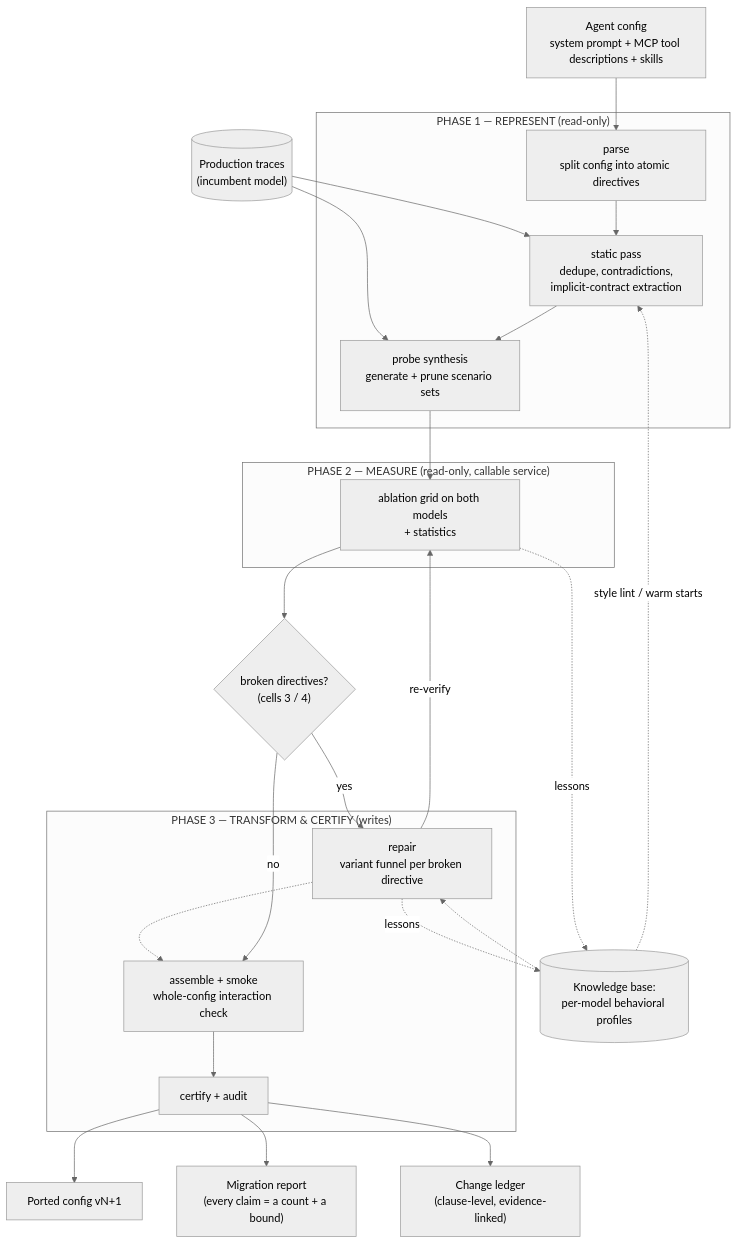
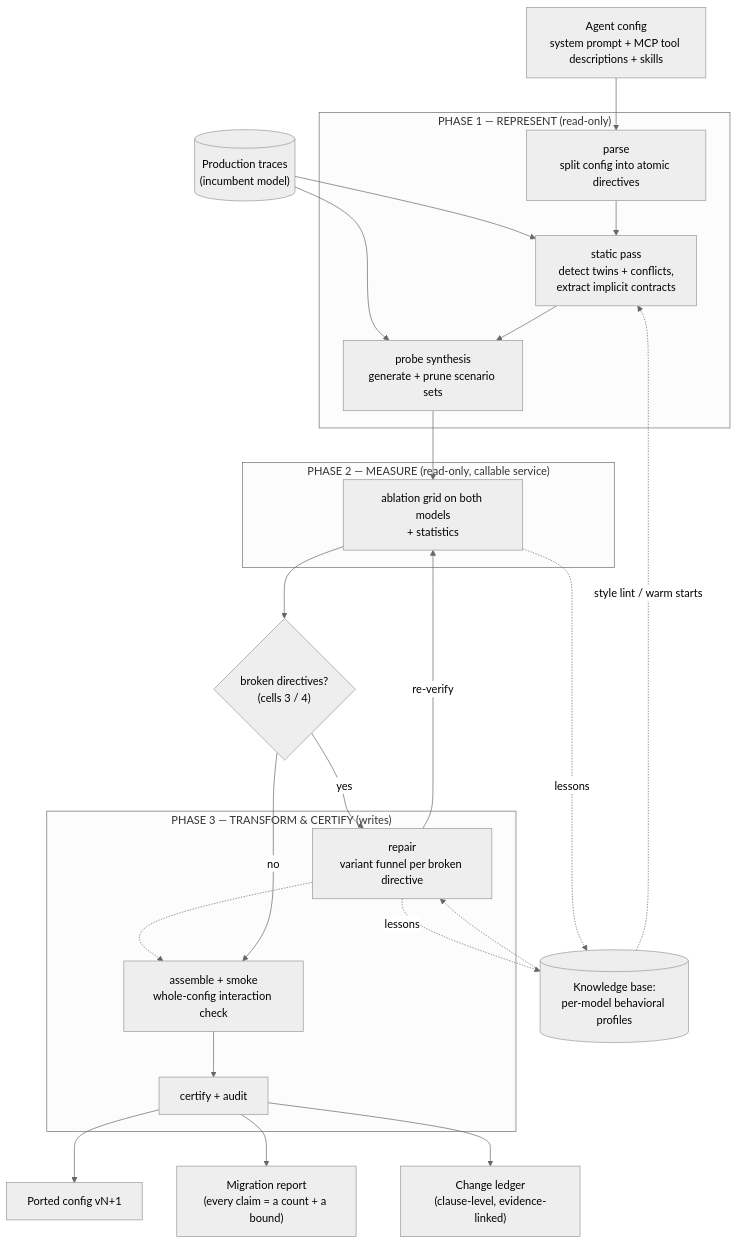
The second of 9 diagrams in DESIGN.md (internet-zero/hypergeometric-ai), drawn with Mermaid (neutral theme) before and after one commit. The commit also changed other lines of this file, not shown here.

````diff
--- a/DESIGN.md
+++ b/DESIGN.md
@@ -108,37 +120,37 @@
 ```mermaid
 flowchart TD
     A["Agent config<br/>system prompt + MCP tool descriptions + skills"] --> S1
     TR[("Production traces<br/>(incumbent model)")] --> S2
     TR --> S3
 
     subgraph P1["PHASE 1 — REPRESENT (read-only)"]
-        S1["parse<br/>split config into atomic directives"] --> S2["static pass<br/>dedupe, contradictions,<br/>implicit-contract extraction"]
+        S1["parse<br/>split config into atomic directives"] --> S2["static pass<br/>detect twins + conflicts,<br/>extract implicit contracts"]
         S2 --> S3["probe synthesis<br/>generate + prune scenario sets"]
     end
 
     subgraph P2["PHASE 2 — MEASURE (read-only, callable service)"]
         S4["ablation grid on both models<br/>+ statistics"]
     end
 
     subgraph P3["PHASE 3 — TRANSFORM & CERTIFY (writes)"]
         S5["repair<br/>variant funnel per broken directive"]
         S6["assemble + smoke<br/>whole-config interaction check"]
         S7["certify + audit"]
         S5 -.-> S6 --> S7
     end
 
     S3 --> S4
     S4 --> D{"broken directives?<br/>(cells 3 / 4)"}
     D -- yes --> S5
     S5 -- "re-verify" --> S4
     D -- no --> S6
 
     S7 --> O1["Ported config vN+1"]
     S7 --> O2["Migration report<br/>(every claim = a count + a bound)"]
     S7 --> O3["Change ledger<br/>(clause-level, evidence-linked)"]
 
     S4 -.lessons.-> KB[("Knowledge base:<br/>per-model behavioral profiles")]
     S5 -.lessons.-> KB
     KB -.style lint / warm starts.-> S2
     KB -.-> S5
 ```
````
